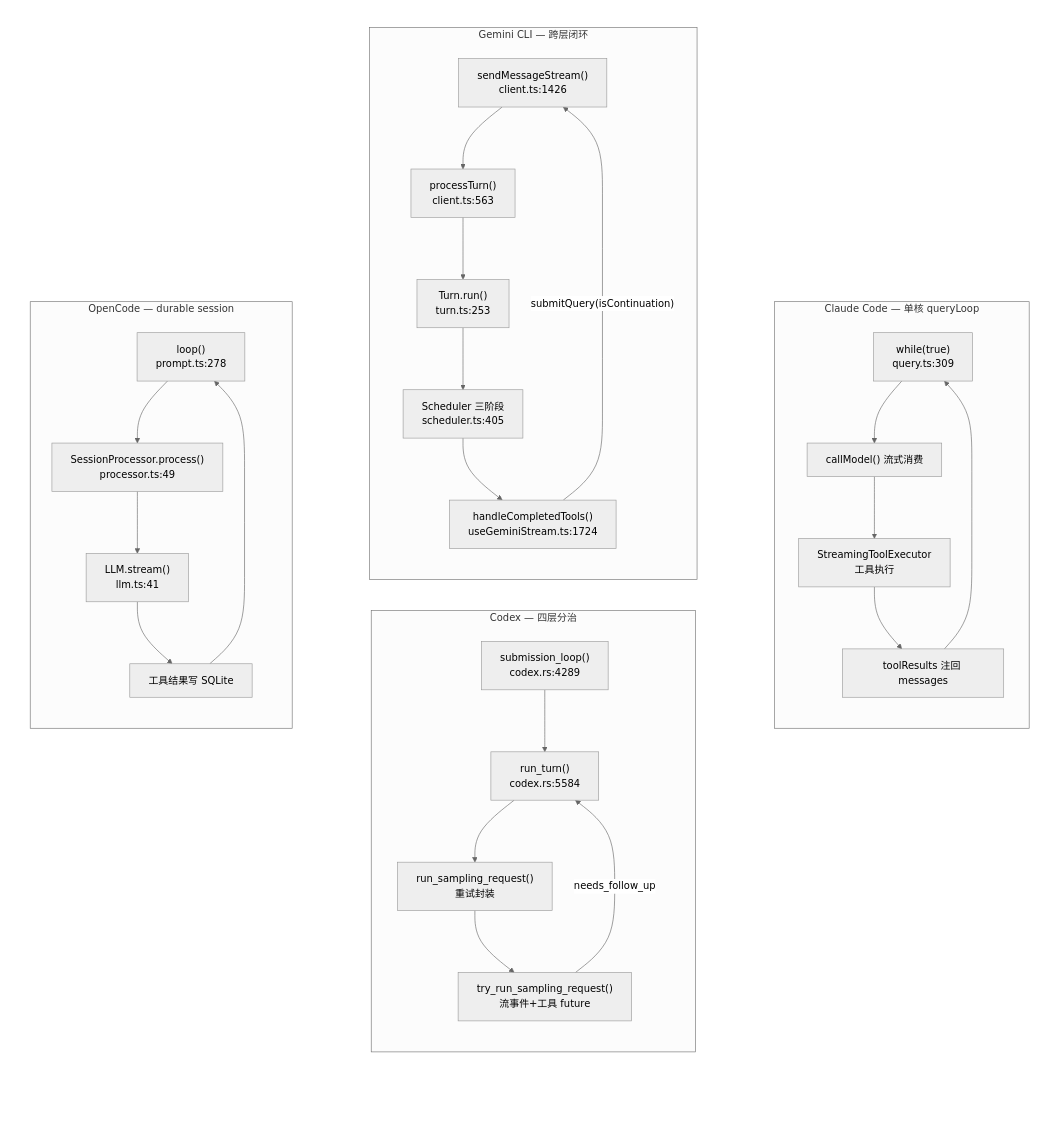
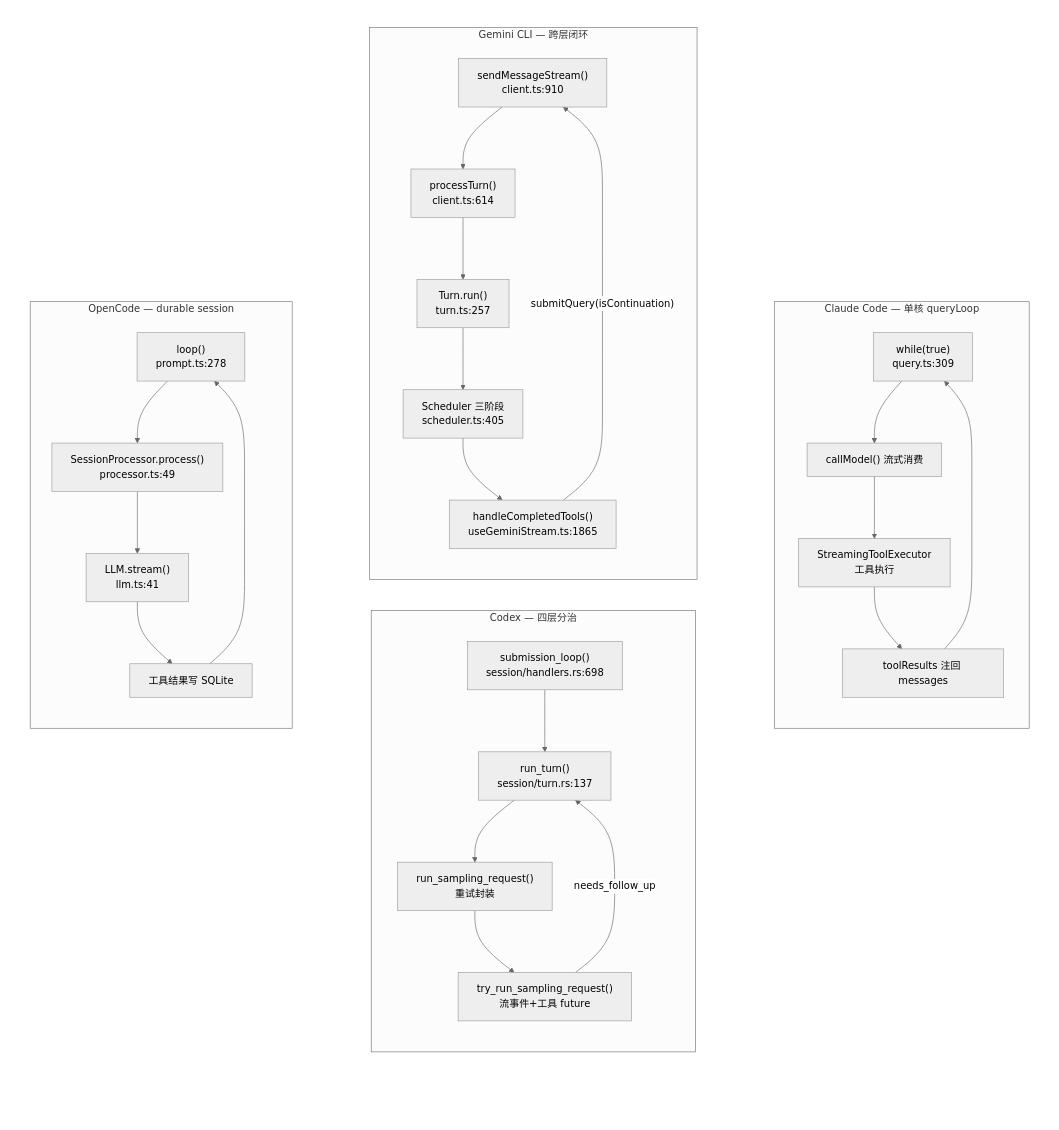
One commit to feuyeux/hello-olleh changed the first of 4 diagrams in docs/hello-harness/13-agent-loop.md. Above: the diagram before and after it, drawn with Mermaid. The commit also changed other lines of this file and 78 other files, not shown here.

````diff
--- a/docs/hello-harness/13-agent-loop.md
+++ b/docs/hello-harness/13-agent-loop.md
@@ -36,57 +36,57 @@
 ```mermaid
 ---
 config:
   theme: neutral
 ---
 flowchart TB
     subgraph Row1[" "]
         direction LR
         SP1[" "]:::ghost
         subgraph CC["Claude Code — 单核 queryLoop"]
             direction TB
             CC1["while(true)<br/>query.ts:309"] --> CC2["callModel() 流式消费"]
             CC2 --> CC3["StreamingToolExecutor<br/>工具执行"]
             CC3 --> CC4["toolResults 注回 messages"]
             CC4 --> CC1
         end
         SP2[" "]:::ghost
     end
 
     subgraph Row2[" "]
         direction LR
         subgraph CX["Codex — 四层分治"]
             direction TB
-            CX1["submission_loop()<br/>codex.rs:4289"] --> CX2["run_turn()<br/>codex.rs:5584"]
+            CX1["submission_loop()<br/>session/handlers.rs:698"] --> CX2["run_turn()<br/>session/turn.rs:137"]
             CX2 --> CX3["run_sampling_request()<br/>重试封装"]
             CX3 --> CX4["try_run_sampling_request()<br/>流事件+工具 future"]
             CX4 -->|"needs_follow_up"| CX2
         end
         SP3[" "]:::ghost
         subgraph GM["Gemini CLI — 跨层闭环"]
             direction TB
-            GM1["sendMessageStream()<br/>client.ts:1426"] --> GM2["processTurn()<br/>client.ts:563"]
-            GM2 --> GM3["Turn.run()<br/>turn.ts:253"]
+            GM1["sendMessageStream()<br/>client.ts:910"] --> GM2["processTurn()<br/>client.ts:614"]
+            GM2 --> GM3["Turn.run()<br/>turn.ts:257"]
             GM3 --> GM4["Scheduler 三阶段<br/>scheduler.ts:405"]
-            GM4 --> GM5["handleCompletedTools()<br/>useGeminiStream.ts:1724"]
+            GM4 --> GM5["handleCompletedTools()<br/>useGeminiStream.ts:1865"]
             GM5 -->|"submitQuery(isContinuation)"| GM1
         end
     end
 
     subgraph Row3[" "]
         direction LR
         SP4[" "]:::ghost
         subgraph OC["OpenCode — durable session"]
             direction TB
             OC1["loop()<br/>prompt.ts:278"] --> OC2["SessionProcessor.process()<br/>processor.ts:49"]
             OC2 --> OC3["LLM.stream()<br/>llm.ts:41"]
             OC3 --> OC4["工具结果写 SQLite"]
             OC4 --> OC1
         end
         SP5[" "]:::ghost
     end
 
     classDef ghost fill:transparent,stroke:transparent,color:transparent;
     style Row1 fill:transparent,stroke:transparent
     style Row2 fill:transparent,stroke:transparent
     style Row3 fill:transparent,stroke:transparent
 ```
````
